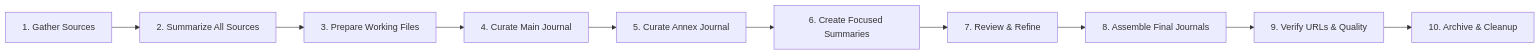
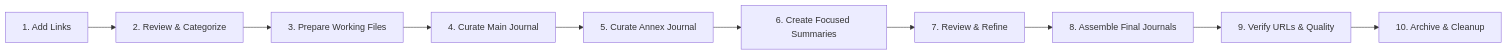
Before and after one commit to beijaflor/gen-ai-journal: the diagram in README.md, drawn with Mermaid. The commit also changed other lines of this file and 4 other files, not shown here.

````diff
--- a/README.md
+++ b/README.md
@@ -9,12 +9,12 @@
 ```mermaid
 graph LR
-    A[1. Gather Sources] --> B[2. Summarize All Sources]
+    A[1. Add Links] --> B[2. Review & Categorize]
     B --> C[3. Prepare Working Files]
     C --> D[4. Curate Main Journal]
     D --> E[5. Curate Annex Journal]
     E --> F[6. Create Focused Summaries]
     F --> G[7. Review & Refine]
     G --> H[8. Assemble Final Journals]
     H --> I[9. Verify URLs & Quality]
     I --> J[10. Archive & Cleanup]
 ```
````
